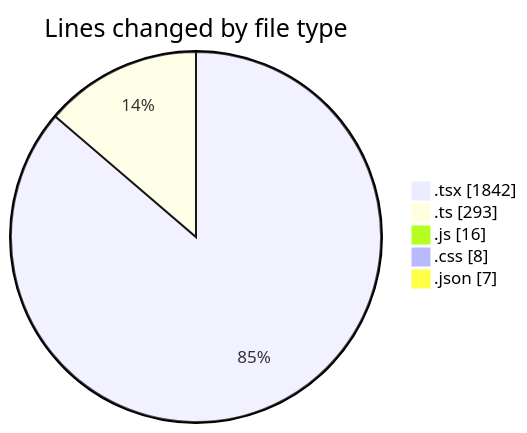
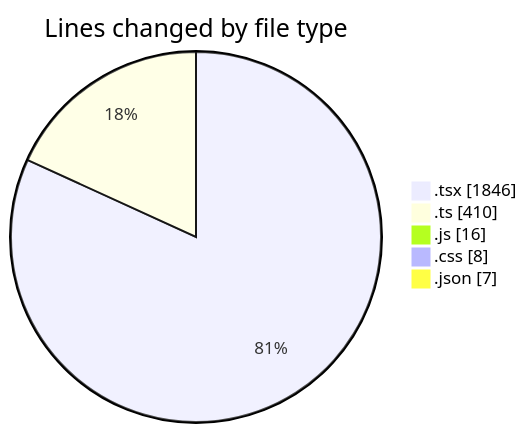
One commit to robertbonfada/code-tracking changed the first of 2 diagrams in 2025-01-17/mbc-web/README.md. Above: the diagram before and after it, drawn with Mermaid. The commit also changed other lines of this file and 1 other file, not shown here.

````diff
--- a/2025-01-17/mbc-web/README.md
+++ b/2025-01-17/mbc-web/README.md
@@ -34,9 +35,9 @@
 ```mermaid
 pie showData
 title Lines changed by file type
-".tsx" : 1842
-".ts" : 293
+".tsx" : 1846
+".ts" : 410
 ".js" : 16
 ".css" : 8
 ".json" : 7
 ```
````
